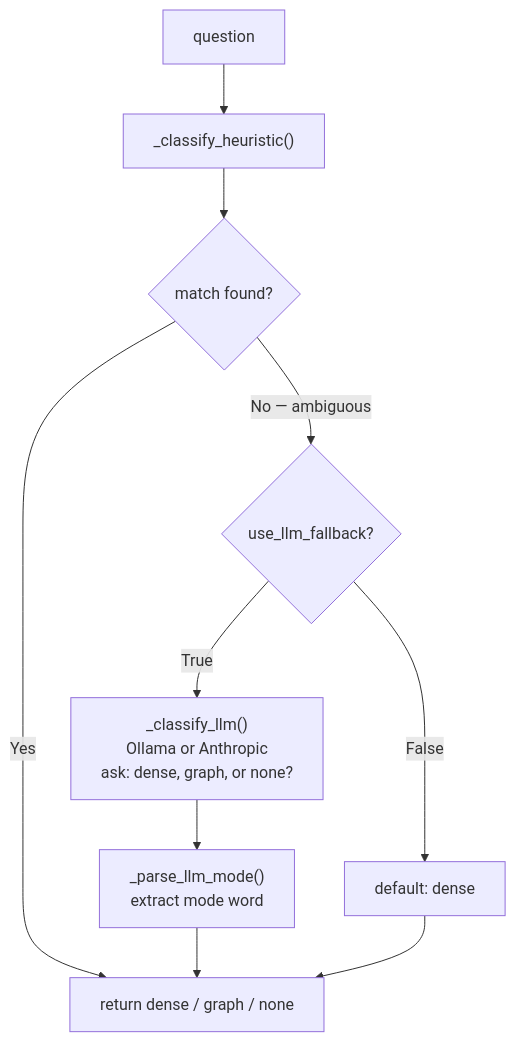
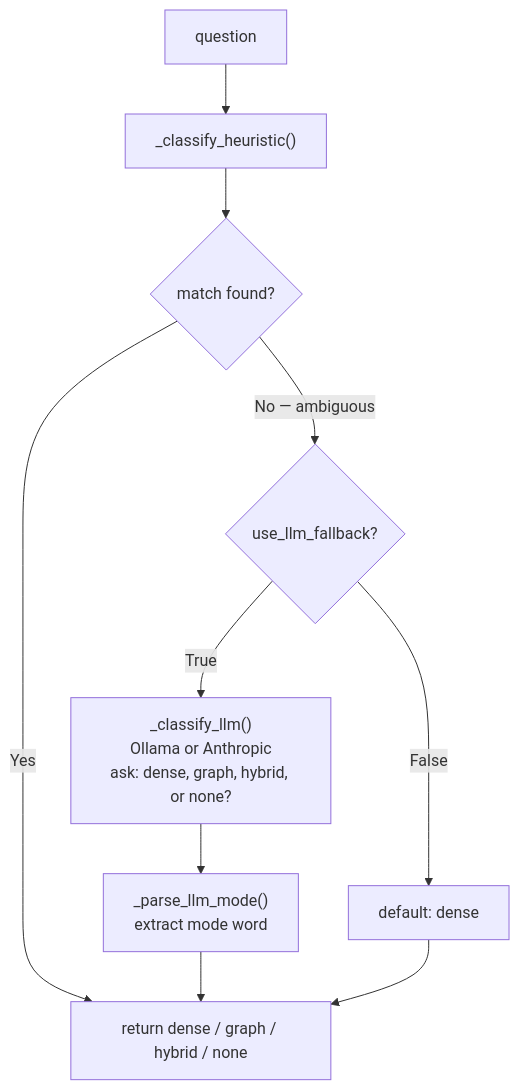
One commit to karaberke/luminrag changed the ninth of 12 diagrams in code_logic.md. Above: the diagram before and after it, drawn with Mermaid. The commit also changed other lines of this file and 32 other files, not shown here.

````diff
--- a/code_logic.md
+++ b/code_logic.md
@@ -239,12 +261,12 @@
 ```mermaid
 flowchart TD
     A["question"] --> B["_classify_heuristic()"]
     B --> C{match found?}
-    C -->|Yes| D["return dense / graph / none"]
+    C -->|Yes| D["return dense / graph / hybrid / none"]
     C -->|No — ambiguous| E{use_llm_fallback?}
-    E -->|True| F["_classify_llm()\nOllama or Anthropic\nask: dense, graph, or none?"]
+    E -->|True| F["_classify_llm()\nOllama or Anthropic\nask: dense, graph, hybrid, or none?"]
     E -->|False| G["default: dense"]
     F --> H["_parse_llm_mode()\nextract mode word"]
     H --> D
     G --> D
 ```
````
